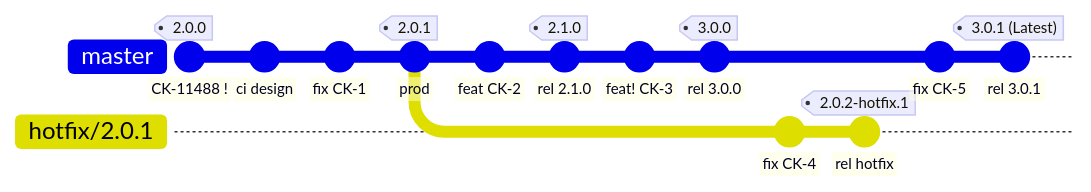
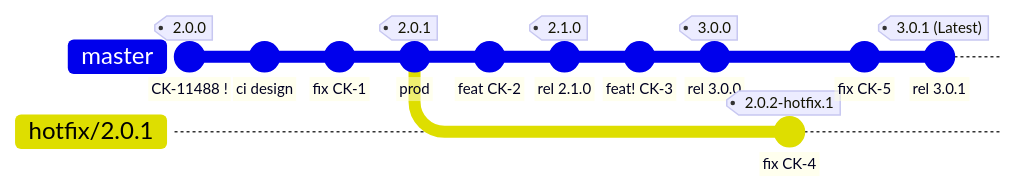
One commit to avall/homelab-poc-semantic-version changed the first of 4 diagrams in README.md. Above: the diagram before and after it, drawn with Mermaid. The commit also changed other lines of this file and 1 other file, not shown here.

Commit message:
ci(CK-4): skip pom.xml commit on hotfix releases [skip ci]

````diff
--- a/README.md
+++ b/README.md
@@ -30,20 +30,19 @@
 ```mermaid
 %%{init: {'gitGraph': {'mainBranchName': 'master', 'rotateCommitLabel': false}}}%%
 gitGraph
   commit id: "CK-11488 !" tag: "2.0.0"
   commit id: "ci design"
   commit id: "fix CK-1"
   commit id: "prod" tag: "2.0.1"
   branch hotfix/2.0.1
   checkout master
   commit id: "feat CK-2"
   commit id: "rel 2.1.0" tag: "2.1.0"
   commit id: "feat! CK-3"
   commit id: "rel 3.0.0" tag: "3.0.0"
   checkout hotfix/2.0.1
-  commit id: "fix CK-4"
-  commit id: "rel hotfix" tag: "2.0.2-hotfix.1"
+  commit id: "fix CK-4" tag: "2.0.2-hotfix.1"
   checkout master
   commit id: "fix CK-5"
   commit id: "rel 3.0.1" tag: "3.0.1 (Latest)"
 ```
````
